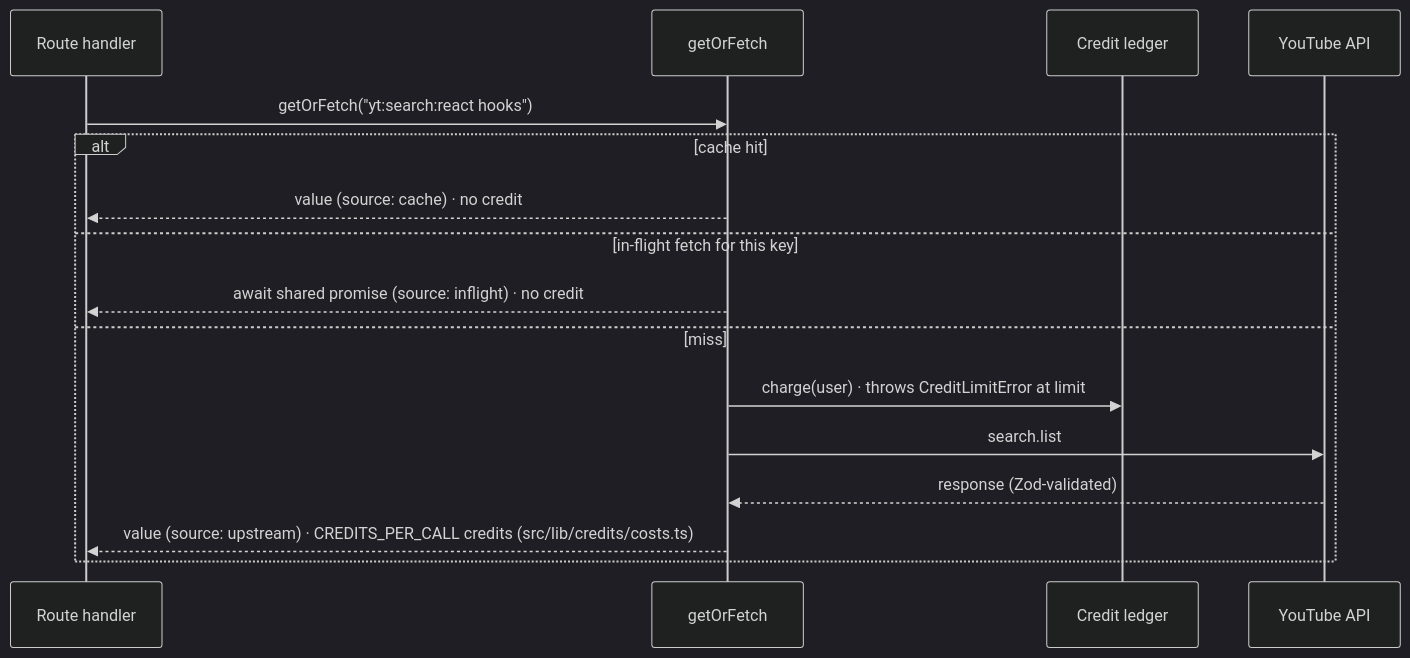
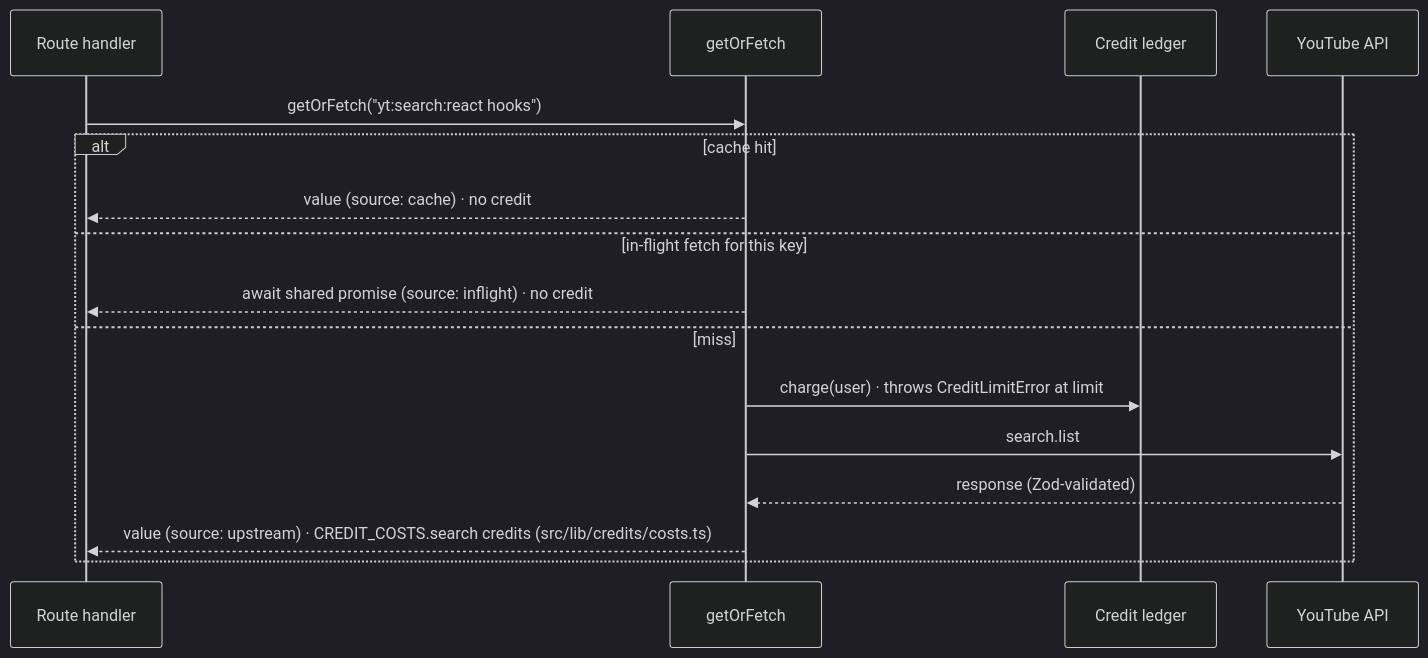
The diagram in README.md (JahanzaibImran/video-search-cache), drawn with Mermaid (dark theme) before and after one commit. The commit also changed other lines of this file and 16 other files, not shown here.

First line of the commit message:
charge per-action credit prices from one cost table

````diff
--- a/README.md
+++ b/README.md
@@ -26,18 +26,18 @@
 ```mermaid
 sequenceDiagram
     participant R as Route handler
     participant C as getOrFetch
     participant L as Credit ledger
     participant Y as YouTube API
     R->>C: getOrFetch("yt:search:react hooks")
     alt cache hit
         C-->>R: value (source: cache) · no credit
     else in-flight fetch for this key
         C-->>R: await shared promise (source: inflight) · no credit
     else miss
         C->>L: charge(user) · throws CreditLimitError at limit
         C->>Y: search.list
         Y-->>C: response (Zod-validated)
-        C-->>R: value (source: upstream) · CREDITS_PER_CALL credits (src/lib/credits/costs.ts)
+        C-->>R: value (source: upstream) · CREDIT_COSTS.search credits (src/lib/credits/costs.ts)
     end
 ```
````
